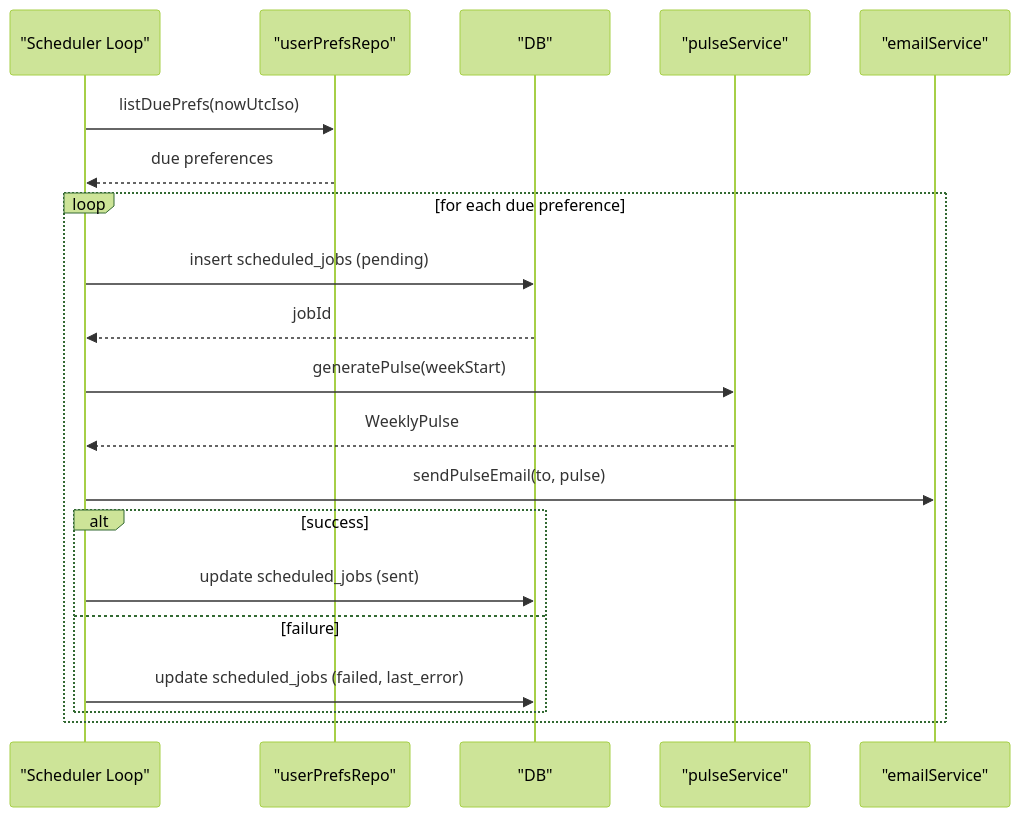
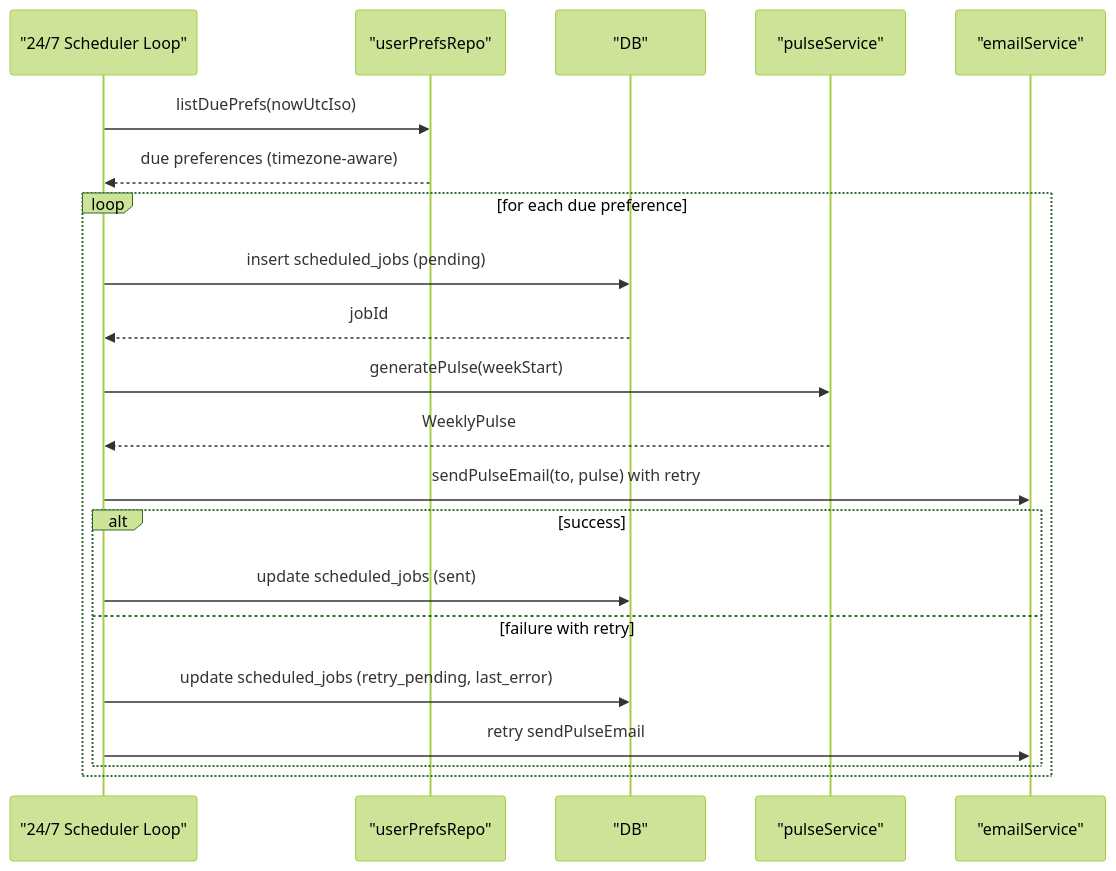
One commit to aravinthraj-ramalingam/Groww-App-Review-Insights-Analyzer- changed the second of 9 diagrams in .qoder/repowiki/en/content/Phase 2_ Advanced Analytics & Automation/Automated Job Scheduling.md. Above: the diagram before and after it, drawn with Mermaid (forest theme). The commit also changed other lines of this file and 11 other files, not shown here.

````diff
--- a/.qoder/repowiki/en/content/Phase 2_ Advanced Analytics & Automation/Automated Job Scheduling.md
+++ b/.qoder/repowiki/en/content/Phase 2_ Advanced Analytics & Automation/Automated Job Scheduling.md
@@ -161,22 +173,23 @@
 ```mermaid
 sequenceDiagram
-participant Cron as "Scheduler Loop"
+participant Cron as "24/7 Scheduler Loop"
 participant Repo as "userPrefsRepo"
 participant DB as "DB"
 participant Gen as "pulseService"
 participant Mail as "emailService"
 Cron->>Repo : listDuePrefs(nowUtcIso)
-Repo-->>Cron : due preferences
+Repo-->>Cron : due preferences (timezone-aware)
 loop for each due preference
 Cron->>DB : insert scheduled_jobs (pending)
 DB-->>Cron : jobId
 Cron->>Gen : generatePulse(weekStart)
 Gen-->>Cron : WeeklyPulse
-Cron->>Mail : sendPulseEmail(to, pulse)
+Cron->>Mail : sendPulseEmail(to, pulse) with retry
 alt success
 Cron->>DB : update scheduled_jobs (sent)
-else failure
-Cron->>DB : update scheduled_jobs (failed, last_error)
+else failure with retry
+Cron->>DB : update scheduled_jobs (retry_pending, last_error)
+Cron->>Mail : retry sendPulseEmail
 end
 end
 ```
````
